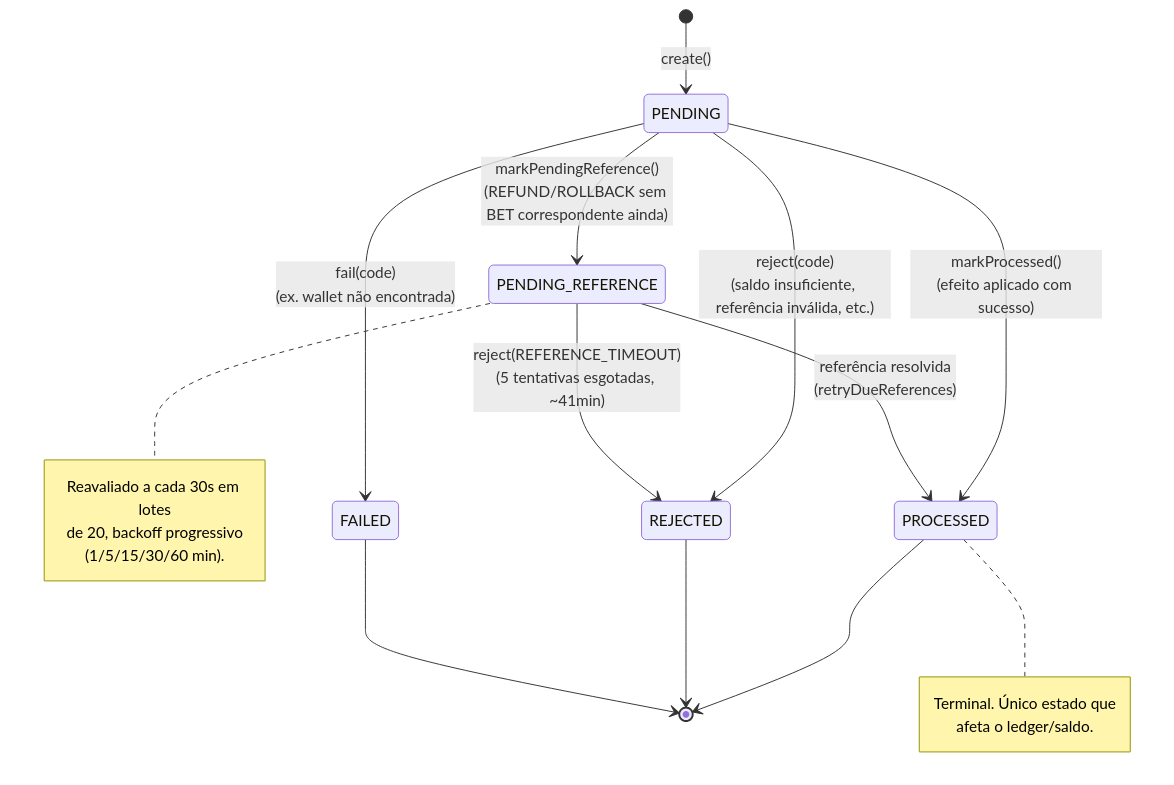
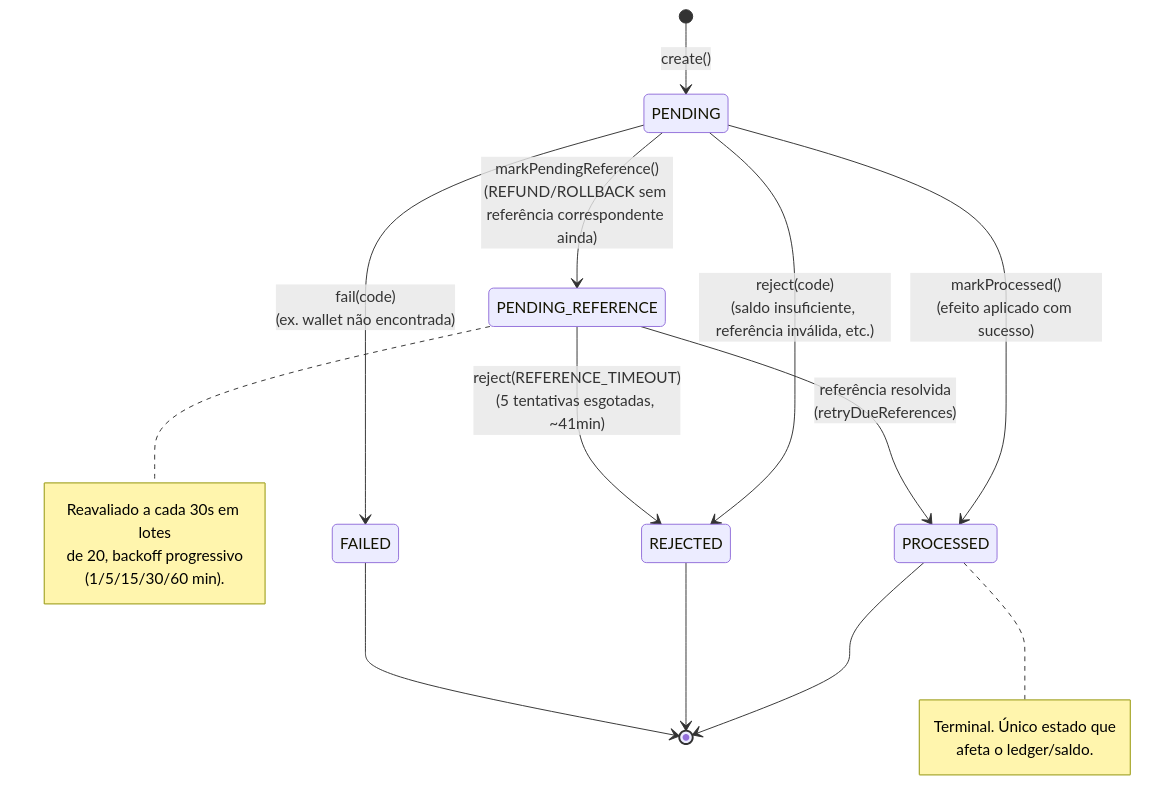
One commit to als-v/gaming-service changed the second of 3 diagrams in ARCHITECTURE.md. Above: the diagram before and after it, drawn with Mermaid. The commit also changed other lines of this file and 1 other file, not shown here.

````diff
--- a/ARCHITECTURE.md
+++ b/ARCHITECTURE.md
@@ -190,26 +190,26 @@
 ```mermaid
 stateDiagram-v2
     [*] --> PENDING: create()
 
     PENDING --> PROCESSED: markProcessed()<br/>(efeito aplicado com sucesso)
     PENDING --> REJECTED: reject(code)<br/>(saldo insuficiente, referência inválida, etc.)
-    PENDING --> PENDING_REFERENCE: markPendingReference()<br/>(REFUND/ROLLBACK sem BET correspondente ainda)
+    PENDING --> PENDING_REFERENCE: markPendingReference()<br/>(REFUND/ROLLBACK sem referência correspondente ainda)
     PENDING --> FAILED: fail(code)<br/>(ex. wallet não encontrada)
 
     PENDING_REFERENCE --> PROCESSED: referência resolvida<br/>(retryDueReferences)
     PENDING_REFERENCE --> REJECTED: reject(REFERENCE_TIMEOUT)<br/>(5 tentativas esgotadas, ~41min)
 
     PROCESSED --> [*]
     REJECTED --> [*]
     FAILED --> [*]
 
     note right of PROCESSED
         Terminal. Único estado que
         afeta o ledger/saldo.
     end note
     note right of PENDING_REFERENCE
         Reavaliado a cada 30s em lotes
         de 20, backoff progressivo
         (1/5/15/30/60 min).
     end note
 ```
````
